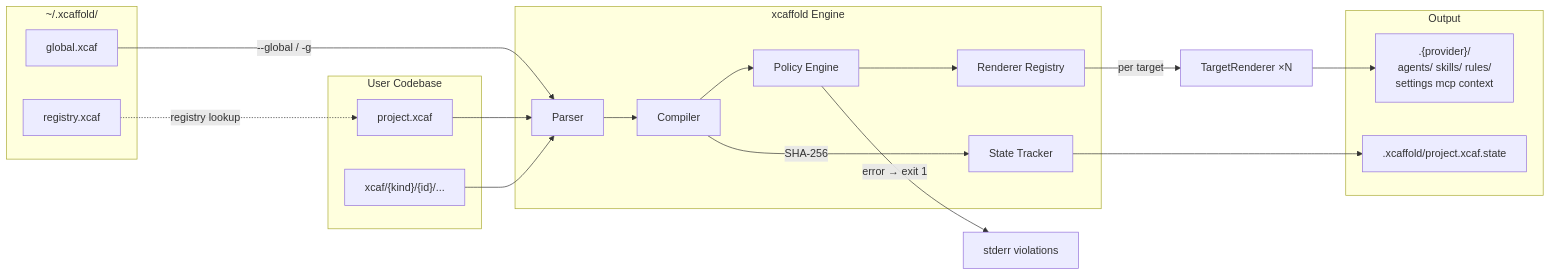
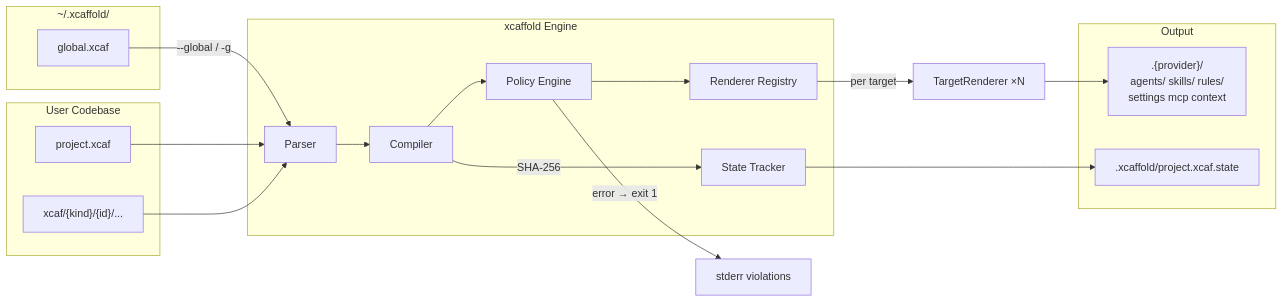
The diagram in docs/concepts/architecture/overview.md (saero-ai/xcaffold), drawn with Mermaid before and after one commit. The commit also changed other lines of this file and 13 other files, not shown here.

````diff
--- a/docs/concepts/architecture/overview.md
+++ b/docs/concepts/architecture/overview.md
@@ -14,40 +14,38 @@
 ```mermaid
 graph LR
   FAIL["stderr violations"]
 
   subgraph Global Home ["~/.xcaffold/"]
-    R[registry.xcaf]
     GC[global.xcaf]
   end
 
   subgraph User Codebase
     A[project.xcaf]
     XCAF["xcaf/{kind}/{id}/..."]
   end
 
   subgraph xcaffold Engine
     B[Parser]
     C[Compiler]
     D[State Tracker]
     PE[Policy Engine]
     RG[Renderer Registry]
   end
 
   TR["TargetRenderer ×N"]
 
   subgraph Output
     OUT[".{provider}/<br/>agents/ skills/ rules/<br/>settings mcp context"]
     F[".xcaffold/project.xcaf.state"]
   end
 
-  R -..->|registry lookup| A
   GC -->|"--global / -g"| B
   A --> B
   XCAF --> B
   B --> C
   C --> PE
   PE --> RG
   PE -->|"error → exit 1"| FAIL
   RG -->|per target| TR --> OUT
   C -->|SHA-256| D --> F
 ```
````
